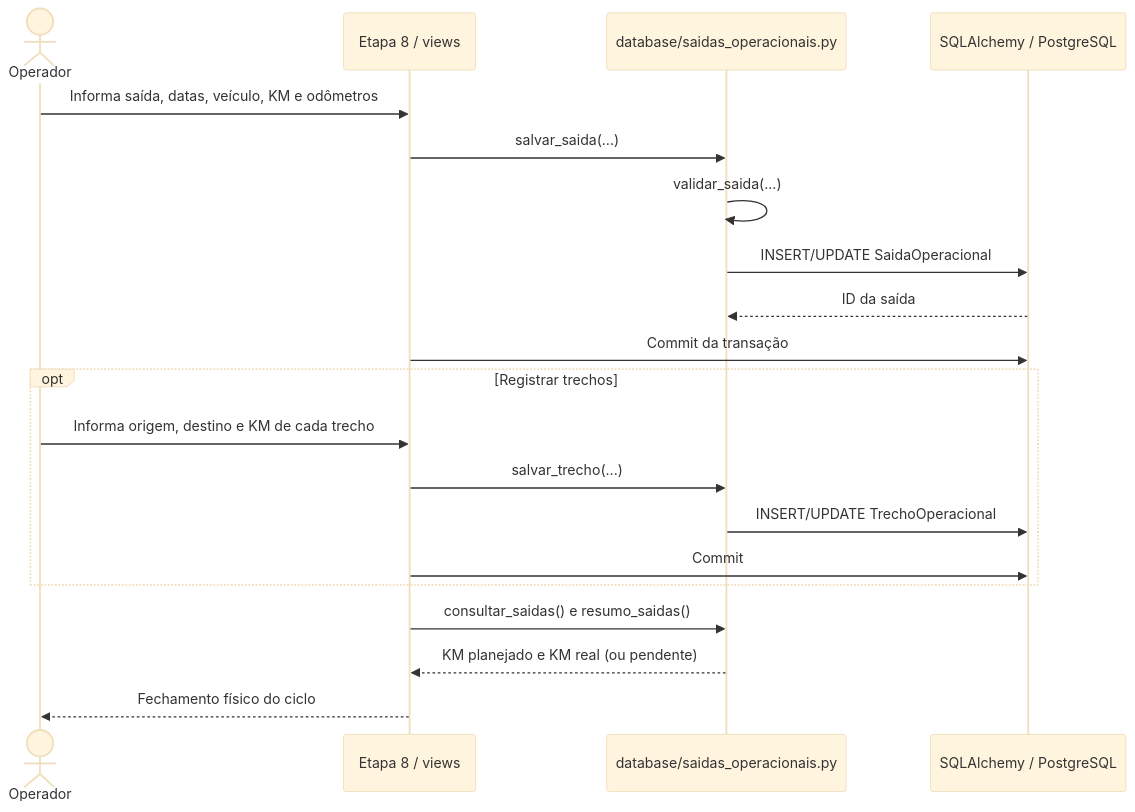
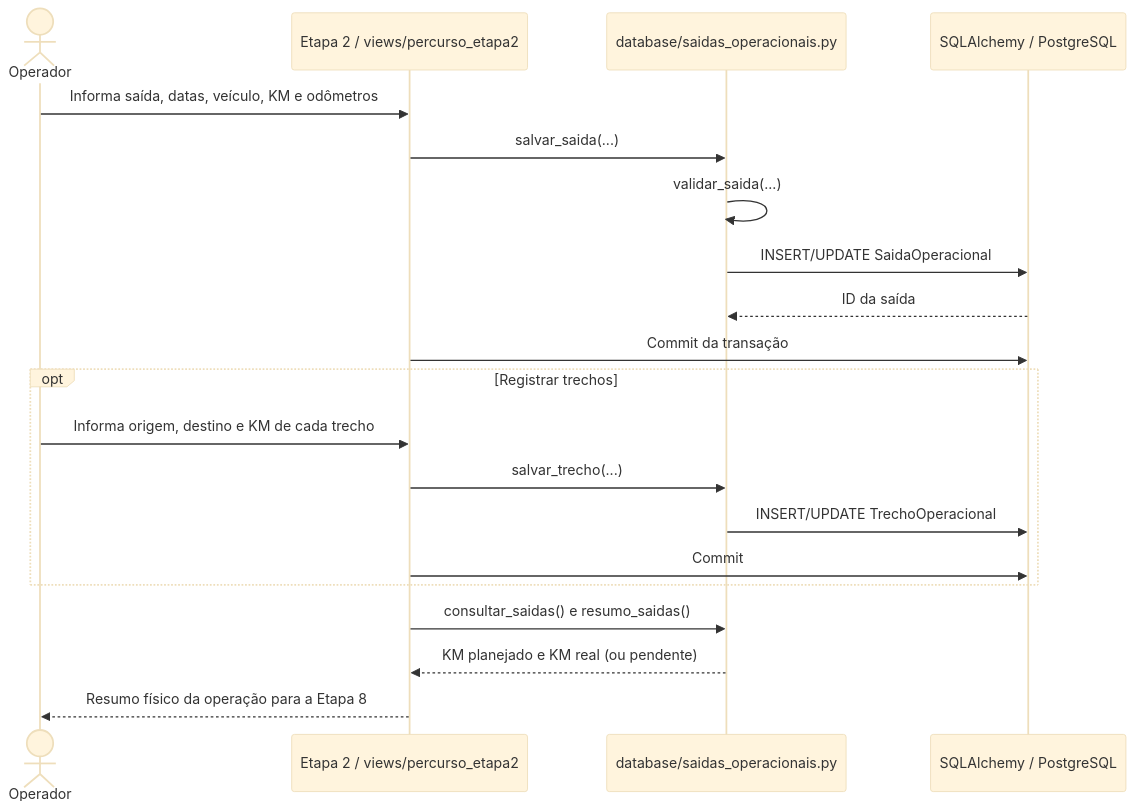
One commit to felpontes98/faeg-logistica-app changed the third of 3 diagrams in docs/diagramas/sequencias.md. Above: the diagram before and after it, drawn with Mermaid (base theme). The commit also changed 35 other files, not shown here.

````diff
--- a/docs/diagramas/sequencias.md
+++ b/docs/diagramas/sequencias.md
@@ -60,22 +60,22 @@
 ```mermaid
 sequenceDiagram
     actor Operador
-    participant UI as Etapa 8 / views
+    participant UI as Etapa 2 / views/percurso_etapa2
     participant S as database/saidas_operacionais.py
     participant DB as SQLAlchemy / PostgreSQL
     Operador->>UI: Informa saída, datas, veículo, KM e odômetros
     UI->>S: salvar_saida(...)
     S->>S: validar_saida(...)
     S->>DB: INSERT/UPDATE SaidaOperacional
     DB-->>S: ID da saída
     UI->>DB: Commit da transação
     opt Registrar trechos
         Operador->>UI: Informa origem, destino e KM de cada trecho
         UI->>S: salvar_trecho(...)
         S->>DB: INSERT/UPDATE TrechoOperacional
         UI->>DB: Commit
     end
     UI->>S: consultar_saidas() e resumo_saidas()
     S-->>UI: KM planejado e KM real (ou pendente)
-    UI-->>Operador: Fechamento físico do ciclo
+    UI-->>Operador: Resumo físico da operação para a Etapa 8
 ```
````
